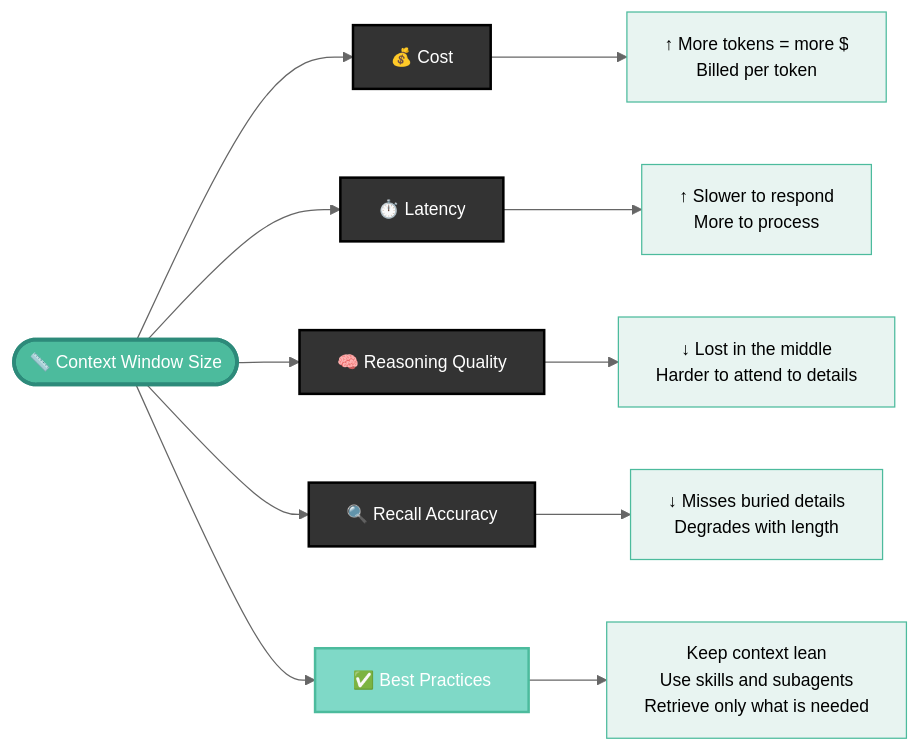
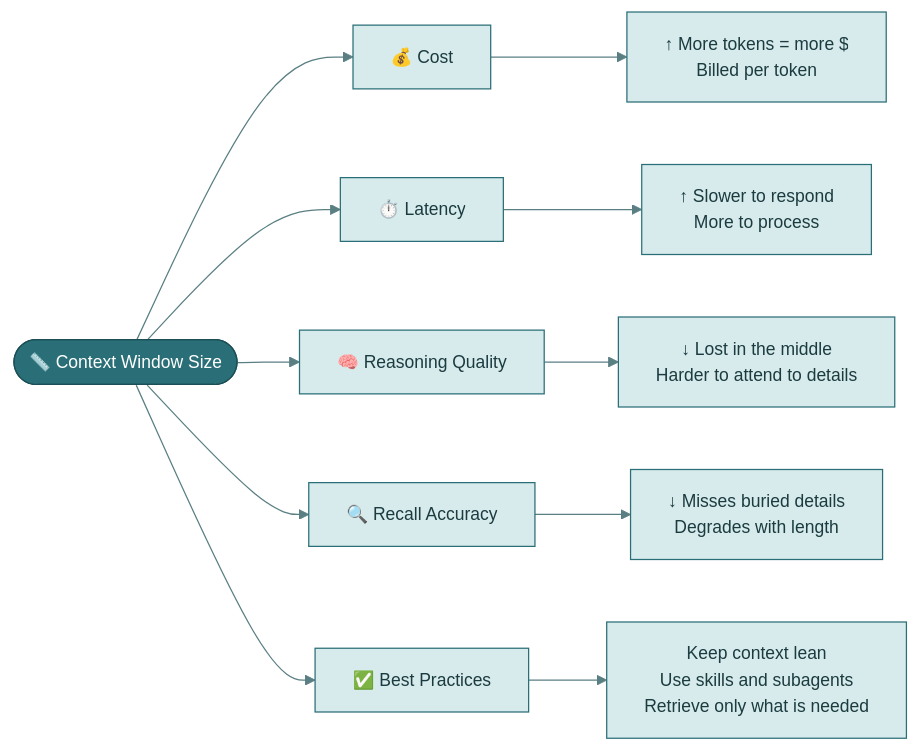
Before and after one commit to mjfrigaard/shiny-app-pkgs: the first of 6 diagrams in tools.qmd, drawn with Mermaid. The commit also changed other lines of this file and 22 other files, not shown here.

First line of the commit message:
Standardize mermaid diagrams on the site teal palette

````diff
--- a/tools.qmd
+++ b/tools.qmd
@@ -200,37 +200,33 @@
 ```{mermaid}
 %%| fig-cap: 'Agents vs. Chatbots'
 %%| fig-align: center
-%%{init: {'theme': 'neutral', 'themeVariables': { 'fontFamily': 'monospace', "fontSize":"14px"}}}%%
+%%{init: {'theme': 'base', 'themeVariables': { 'fontFamily': 'monospace', "fontSize":"14px", "primaryColor":"#D7EBEC", "primaryTextColor":"#1B3B3F", "primaryBorderColor":"#2A6F77", "lineColor":"#5A7F83", "edgeLabelBackground":"#FFFFFF", "clusterBkg":"#F3F8F8", "clusterBorder":"#2A6F77", "darkMode":false}}}%%
 
 flowchart LR
     ContextWindow(["📏 Context Window Size"])
     
     Cost["💰 Cost"]
     Latency["⏱️ Latency"]
     Reasoning["🧠 Reasoning Quality"]
     Recall["🔍 Recall Accuracy"]
     BestPractices["✅ Best Practices"]
     
     CostDetail["↑ More tokens = more $<br/>Billed per token"]
     LatencyDetail["↑ Slower to respond<br/>More to process"]
     ReasoningDetail["↓ Lost in the middle<br/>Harder to attend to details"]
     RecallDetail["↓ Misses buried details<br/>Degrades with length"]
     PracticesDetail["Keep context lean<br/>Use skills and subagents<br/>Retrieve only what is needed"]
     
     ContextWindow --> Cost --> CostDetail
     ContextWindow --> Latency --> LatencyDetail
     ContextWindow --> Reasoning --> ReasoningDetail
     ContextWindow --> Recall --> RecallDetail
     ContextWindow --> BestPractices --> PracticesDetail
 
-    classDef root fill:#4CBB9D,stroke:#2d8a7a,stroke-width:3px,color:#fff
-    classDef negative fill:#333,stroke:#000,stroke-width:2px,color:#fff
-    classDef positive fill:#7fd9c7,stroke:#4CBB9D,stroke-width:2px,color:#fff
-    classDef detail fill:#e8f4f1,stroke:#4CBB9D,stroke-width:1px,color:#000
-
-    class ContextWindow root
-    class Cost,Latency,Reasoning,Recall negative
-    class BestPractices positive
-    class CostDetail,LatencyDetail,ReasoningDetail,RecallDetail,PracticesDetail detail
-    
+    classDef term fill:#2A6F77,color:#FFFFFF,stroke:#1B4F55,stroke-width:1px
+    classDef step fill:#D7EBEC,color:#1B3B3F,stroke:#2A6F77,stroke-width:1px
+    classDef decision fill:#F4C26B,color:#3D2A00,stroke:#B7832B,stroke-width:1px
+    classDef io fill:#FFFFFF,color:#1B3B3F,stroke:#2A6F77,stroke-width:1px
+    class ContextWindow term
+    class Cost,Latency,Reasoning,Recall,BestPractices,CostDetail,LatencyDetail,ReasoningDetail,RecallDetail,PracticesDetail step
 ```
````
